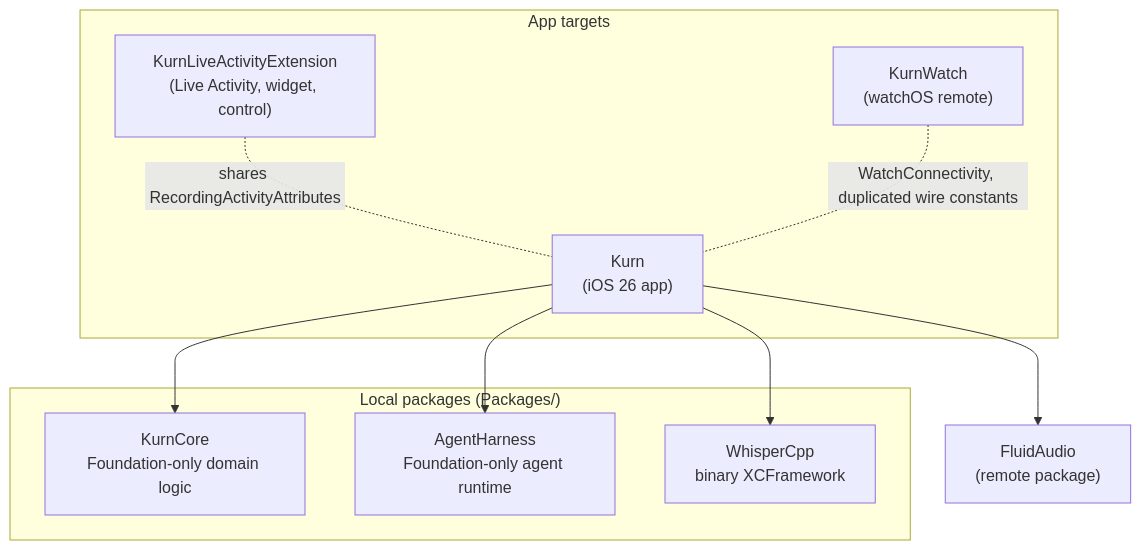
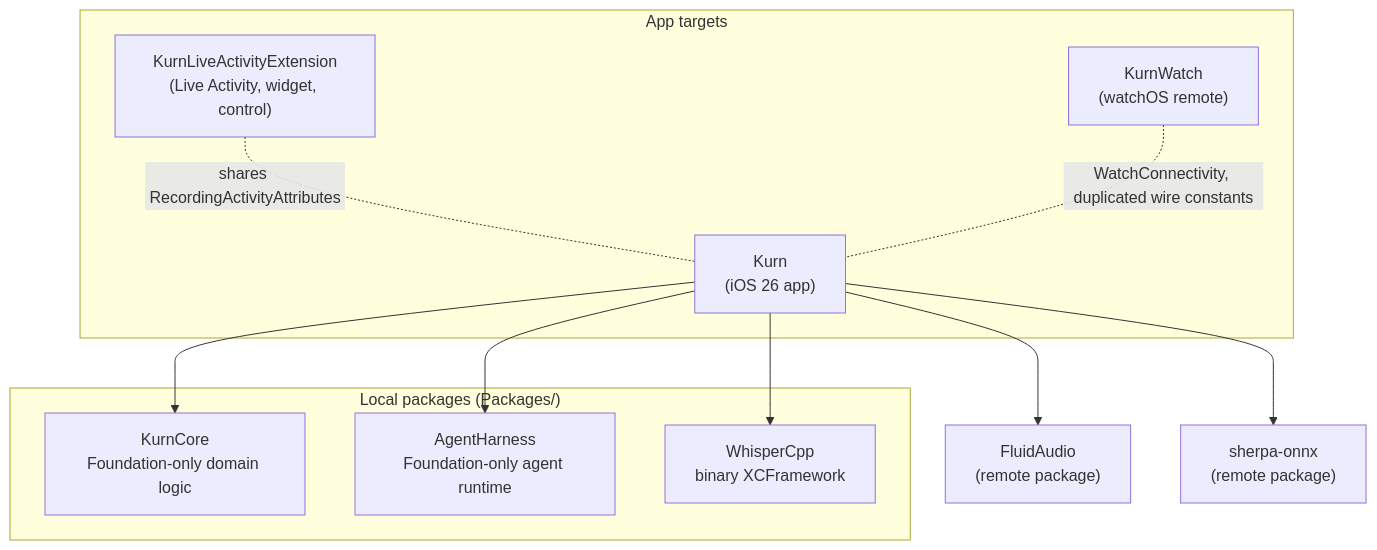
Before and after one commit to carlosmazzei/Kurn: the first of 6 diagrams in docs/architecture.md, drawn with Mermaid. The commit also changed 6 other files, not shown here.

Commit message:
docs: sync architecture, setup and CI references with current code

````diff
--- a/docs/architecture.md
+++ b/docs/architecture.md
@@ -25,20 +25,22 @@
 ```mermaid
 flowchart TB
     subgraph Targets["App targets"]
         APP["Kurn<br/>(iOS 26 app)"]
         WATCH["KurnWatch<br/>(watchOS remote)"]
         LA["KurnLiveActivityExtension<br/>(Live Activity, widget, control)"]
     end
     subgraph Packages["Local packages (Packages/)"]
         CORE["KurnCore<br/>Foundation-only domain logic"]
         AH["AgentHarness<br/>Foundation-only agent runtime"]
         WCPP["WhisperCpp<br/>binary XCFramework"]
     end
     FA["FluidAudio<br/>(remote package)"]
+    SH["sherpa-onnx<br/>(remote package)"]
     APP --> CORE
     APP --> AH
     APP --> WCPP
     APP --> FA
+    APP --> SH
     LA -. "shares RecordingActivityAttributes" .- APP
     WATCH -. "WatchConnectivity, duplicated wire constants" .- APP
 ```
````
